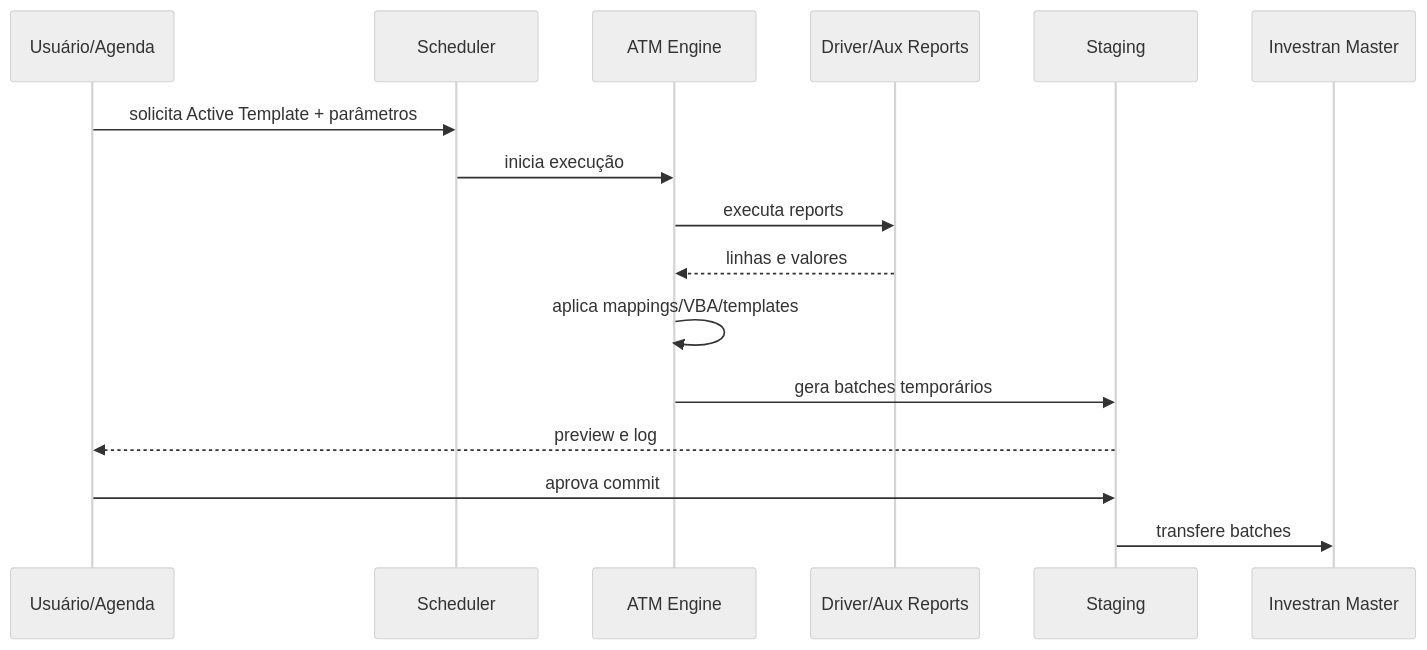
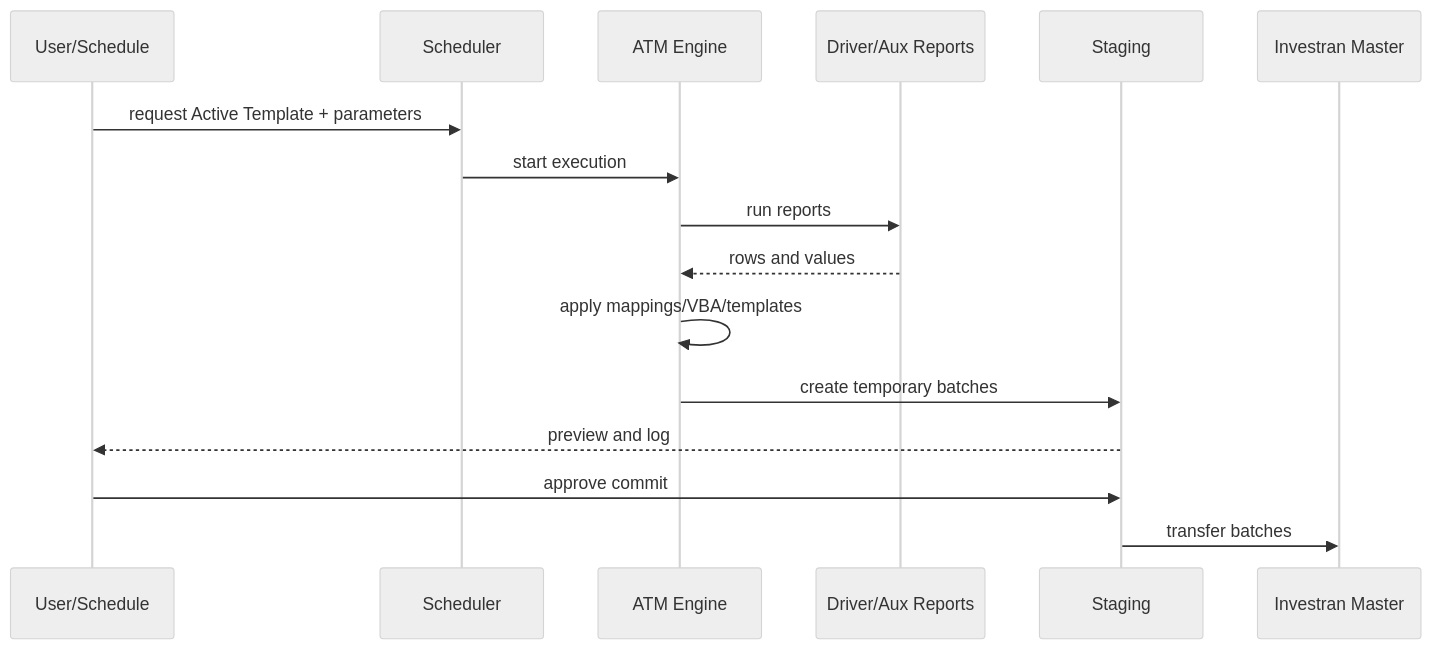
One commit to msekimoto/investran changed the first of 3 diagrams in docs/arquitetura/03-fluxos-ponta-a-ponta.md. Above: the diagram before and after it, drawn with Mermaid (neutral theme). The commit also changed other lines of this file and 52 other files, not shown here.

````diff
--- a/docs/arquitetura/03-fluxos-ponta-a-ponta.md
+++ b/docs/arquitetura/03-fluxos-ponta-a-ponta.md
@@ -5,19 +5,18 @@
 ```mermaid
 sequenceDiagram
-    participant U as Usuário/Agenda
+    participant U as User/Schedule
     participant S as Scheduler
     participant E as ATM Engine
     participant RW as Driver/Aux Reports
     participant ST as Staging
     participant DB as Investran Master
-
-    U->>S: solicita Active Template + parâmetros
-    S->>E: inicia execução
-    E->>RW: executa reports
-    RW-->>E: linhas e valores
-    E->>E: aplica mappings/VBA/templates
-    E->>ST: gera batches temporários
-    ST-->>U: preview e log
-    U->>ST: aprova commit
-    ST->>DB: transfere batches
+    U->>S: request Active Template + parameters
+    S->>E: start execution
+    E->>RW: run reports
+    RW-->>E: rows and values
+    E->>E: apply mappings/VBA/templates
+    E->>ST: create temporary batches
+    ST-->>U: preview and log
+    U->>ST: approve commit
+    ST->>DB: transfer batches
 ```
````
